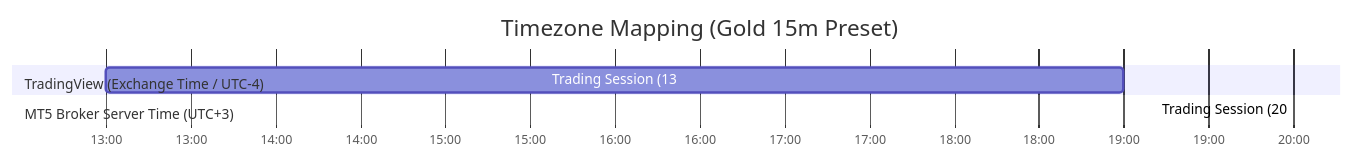
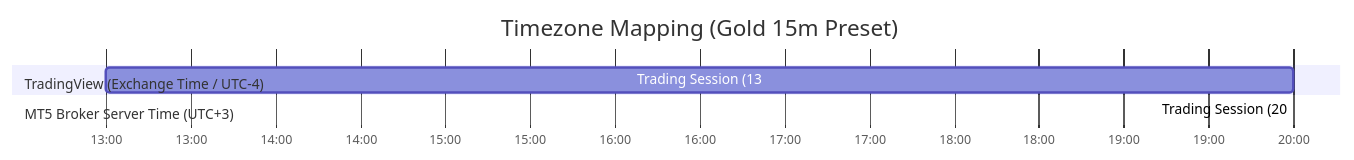
One commit to jzd101/breakout-follow-101 changed the second of 2 diagrams in README.md. Above: the diagram before and after it, drawn with Mermaid. The commit also changed other lines of this file, not shown here.

Commit message:
docs: update Gold 15m preset trading hours and MT5 offset configuration to 20:00 end time

````diff
--- a/README.md
+++ b/README.md
@@ -127,10 +127,10 @@
 ```mermaid
 gantt
     title Timezone Mapping (Gold 15m Preset)
     dateFormat HH
     axisFormat %H:00
     section TradingView (Exchange Time / UTC-4)
-    Trading Session (13:00 - 19:00) :active, 13, 19
+    Trading Session (13:00 - 20:00) :active, 13, 20
     section MT5 Broker Server Time (UTC+3)
-    Trading Session (20:00 - 02:00) :crit, 20, 26
+    Trading Session (20:00 - 03:00) :crit, 20, 27
 ```
````
